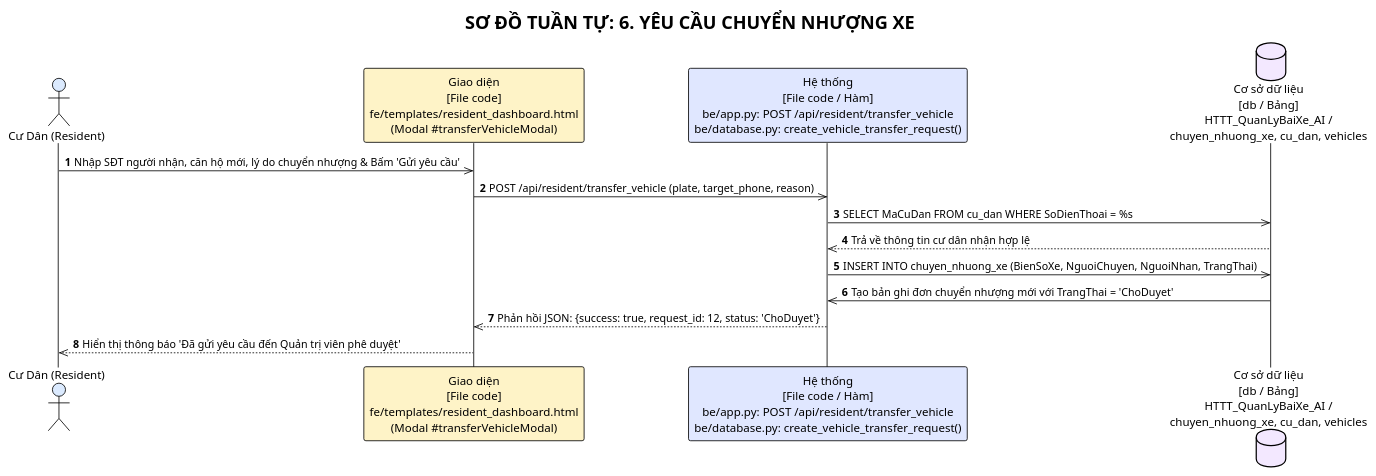
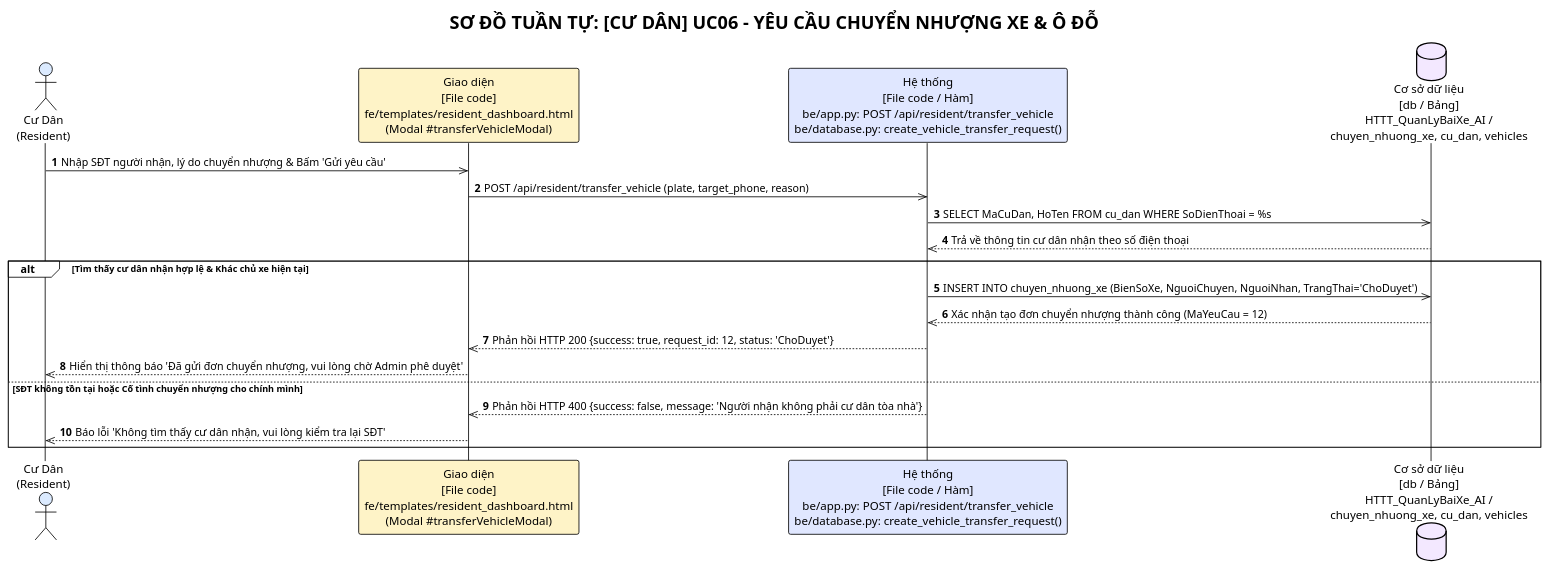
One commit to Truong027/CNPM24 changed the sixth of 13 diagrams in ongthanquoctruong_24CT2_cnpm/docs/SEQUENCE_DIAGRAMS.puml. Above: the diagram before and after it, drawn with PlantUML. The commit also changed other lines of this file and 26 other files, not shown here.

Commit message:
docs: update sequence diagrams with actor stick figures, alt frames, and grouped by actor

```diff
--- a/ongthanquoctruong_24CT2_cnpm/docs/SEQUENCE_DIAGRAMS.puml
+++ b/ongthanquoctruong_24CT2_cnpm/docs/SEQUENCE_DIAGRAMS.puml
@@ -114,20 +154,26 @@
-@startuml uc06_transfer_request
+@startuml uc06_resident_transfer_request
 !theme plain
-title SƠ ĐỒ TUẦN TỰ: 6. YÊU CẦU CHUYỂN NHƯỢNG XE
+title SƠ ĐỒ TUẦN TỰ: [CƯ DÂN] UC06 - YÊU CẦU CHUYỂN NHƯỢNG XE & Ô ĐỖ
 autonumber
 
-actor "Cư Dân (Resident)" as Actor #DBEAFE
+actor "Cư Dân\n(Resident)" as Actor #DBEAFE
 participant "Giao diện\n[File code]\nfe/templates/resident_dashboard.html\n(Modal #transferVehicleModal)" as UI #FEF3C7
 participant "Hệ thống\n[File code / Hàm]\nbe/app.py: POST /api/resident/transfer_vehicle\nbe/database.py: create_vehicle_transfer_request()" as Sys #E0E7FF
 database "Cơ sở dữ liệu\n[db / Bảng]\nHTTT_QuanLyBaiXe_AI /\nchuyen_nhuong_xe, cu_dan, vehicles" as DB #F3E8FF
 
-Actor ->> UI: Nhập SĐT người nhận, căn hộ mới, lý do chuyển nhượng & Bấm 'Gửi yêu cầu'
+Actor ->> UI: Nhập SĐT người nhận, lý do chuyển nhượng & Bấm 'Gửi yêu cầu'
 UI ->> Sys: POST /api/resident/transfer_vehicle (plate, target_phone, reason)
-Sys ->> DB: SELECT MaCuDan FROM cu_dan WHERE SoDienThoai = %s
-DB -->> Sys: Trả về thông tin cư dân nhận hợp lệ
-Sys ->> DB: INSERT INTO chuyen_nhuong_xe (BienSoXe, NguoiChuyen, NguoiNhan, TrangThai)
-DB ->> Sys: Tạo bản ghi đơn chuyển nhượng mới với TrangThai = 'ChoDuyet'
-Sys -->> UI: Phản hồi JSON: {success: true, request_id: 12, status: 'ChoDuyet'}
-UI -->> Actor: Hiển thị thông báo 'Đã gửi yêu cầu đến Quản trị viên phê duyệt'
+Sys ->> DB: SELECT MaCuDan, HoTen FROM cu_dan WHERE SoDienThoai = %s
+DB -->> Sys: Trả về thông tin cư dân nhận theo số điện thoại
+
+alt Tìm thấy cư dân nhận hợp lệ & Khác chủ xe hiện tại
+    Sys ->> DB: INSERT INTO chuyen_nhuong_xe (BienSoXe, NguoiChuyen, NguoiNhan, TrangThai='ChoDuyet')
+    DB -->> Sys: Xác nhận tạo đơn chuyển nhượng thành công (MaYeuCau = 12)
+    Sys -->> UI: Phản hồi HTTP 200 {success: true, request_id: 12, status: 'ChoDuyet'}
+    UI -->> Actor: Hiển thị thông báo 'Đã gửi đơn chuyển nhượng, vui lòng chờ Admin phê duyệt'
+else SĐT không tồn tại hoặc Cố tình chuyển nhượng cho chính mình
+    Sys -->> UI: Phản hồi HTTP 400 {success: false, message: 'Người nhận không phải cư dân tòa nhà'}
+    UI -->> Actor: Báo lỗi 'Không tìm thấy cư dân nhận, vui lòng kiểm tra lại SĐT'
+end
 
 @enduml
```
